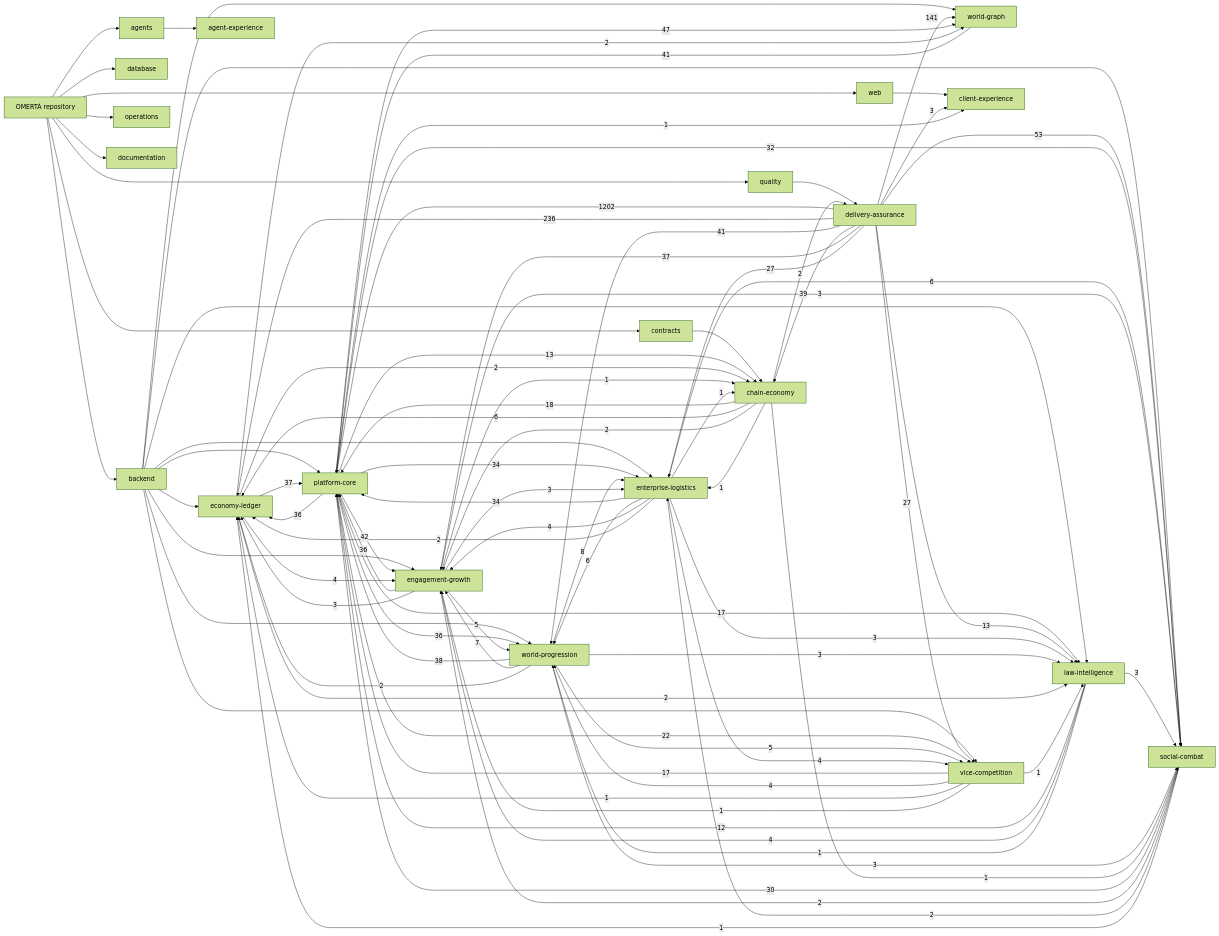
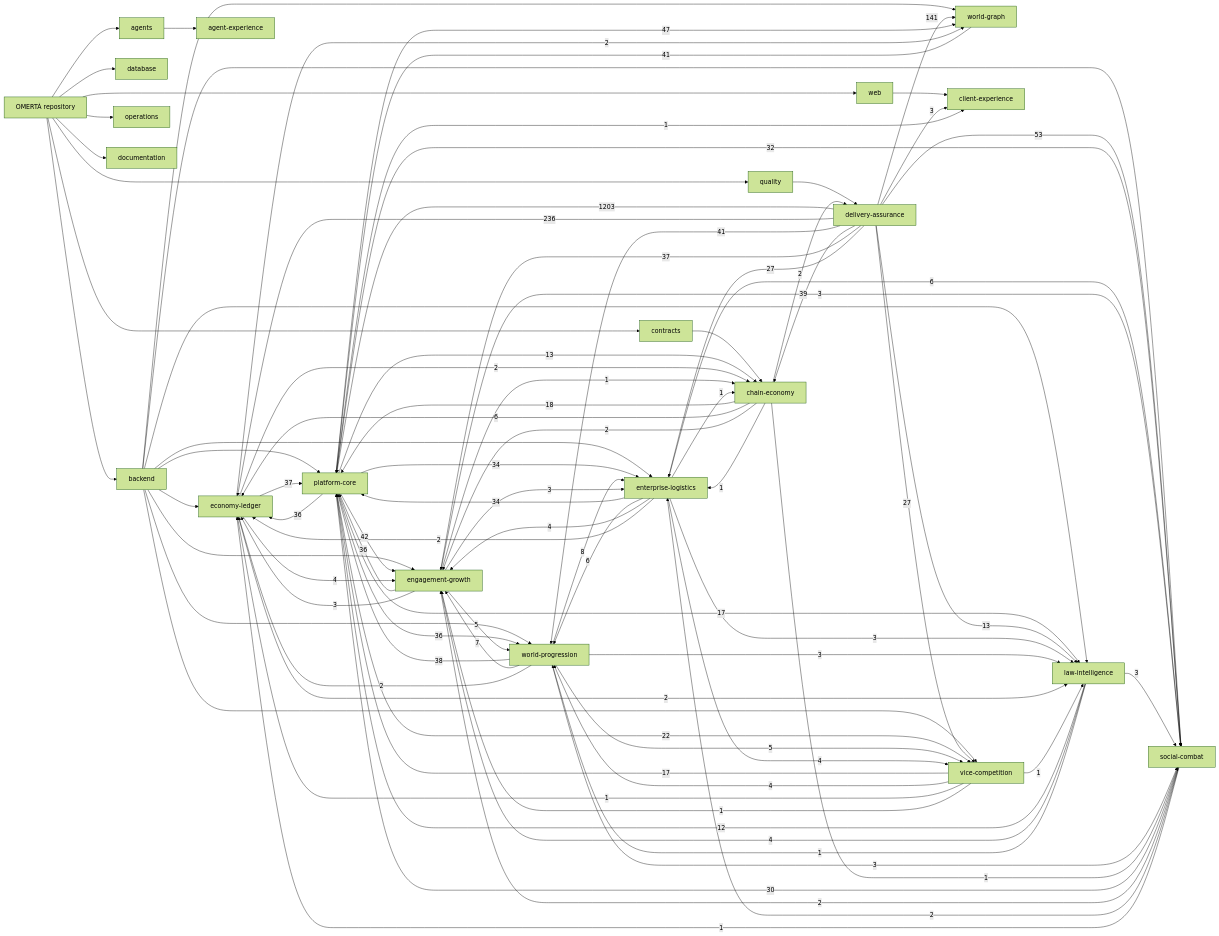
Before and after one commit to OmertaDev/Omerta: the diagram in knowledge/generated/graph.mmd, drawn with Mermaid (forest theme). The commit also changed 6 other files, not shown here.

Commit message:
Refresh graph for exact warehouse receipt repair revision

```diff
--- a/knowledge/generated/graph.mmd
+++ b/knowledge/generated/graph.mmd
@@ -1,111 +1,111 @@
 flowchart LR
   repo["OMERTÀ repository"]
   sub_backend["backend"]
   repo --> sub_backend
   sub_database["database"]
   repo --> sub_database
   sub_web["web"]
   repo --> sub_web
   sub_contracts["contracts"]
   repo --> sub_contracts
   sub_agents["agents"]
   repo --> sub_agents
   sub_quality["quality"]
   repo --> sub_quality
   sub_operations["operations"]
   repo --> sub_operations
   sub_documentation["documentation"]
   repo --> sub_documentation
   dom_platform-core["platform-core"]
   dom_economy-ledger["economy-ledger"]
   dom_social-combat["social-combat"]
   dom_world-progression["world-progression"]
   dom_world-graph["world-graph"]
   dom_enterprise-logistics["enterprise-logistics"]
   dom_vice-competition["vice-competition"]
   dom_law-intelligence["law-intelligence"]
   dom_chain-economy["chain-economy"]
   dom_engagement-growth["engagement-growth"]
   dom_client-experience["client-experience"]
   dom_agent-experience["agent-experience"]
   dom_delivery-assurance["delivery-assurance"]
   sub_agents --> dom_agent-experience
   sub_backend --> dom_economy-ledger
   sub_backend --> dom_engagement-growth
   sub_backend --> dom_enterprise-logistics
   sub_backend --> dom_law-intelligence
   sub_backend --> dom_platform-core
   sub_backend --> dom_social-combat
   sub_backend --> dom_vice-competition
   sub_backend --> dom_world-graph
   sub_backend --> dom_world-progression
   sub_contracts --> dom_chain-economy
   sub_quality --> dom_delivery-assurance
   sub_web --> dom_client-experience
-  dom_delivery-assurance -->|1202| dom_platform-core
+  dom_delivery-assurance -->|1203| dom_platform-core
   dom_delivery-assurance -->|236| dom_economy-ledger
   dom_delivery-assurance -->|141| dom_world-graph
   dom_delivery-assurance -->|53| dom_social-combat
   dom_platform-core -->|47| dom_world-graph
   dom_platform-core -->|42| dom_engagement-growth
   dom_delivery-assurance -->|41| dom_world-progression
   dom_world-graph -->|41| dom_platform-core
   dom_delivery-assurance -->|39| dom_chain-economy
   dom_world-progression -->|38| dom_platform-core
   dom_delivery-assurance -->|37| dom_engagement-growth
   dom_economy-ledger -->|37| dom_platform-core
   dom_engagement-growth -->|36| dom_platform-core
   dom_platform-core -->|36| dom_economy-ledger
   dom_platform-core -->|36| dom_world-progression
   dom_enterprise-logistics -->|34| dom_platform-core
   dom_platform-core -->|34| dom_enterprise-logistics
   dom_platform-core -->|32| dom_social-combat
   dom_social-combat -->|30| dom_platform-core
   dom_delivery-assurance -->|27| dom_enterprise-logistics
   dom_delivery-assurance -->|27| dom_vice-competition
   dom_platform-core -->|22| dom_vice-competition
   dom_chain-economy -->|18| dom_platform-core
   dom_platform-core -->|17| dom_law-intelligence
   dom_vice-competition -->|17| dom_platform-core
   dom_delivery-assurance -->|13| dom_law-intelligence
   dom_platform-core -->|13| dom_chain-economy
   dom_law-intelligence -->|12| dom_platform-core
   dom_world-progression -->|8| dom_enterprise-logistics
   dom_world-progression -->|7| dom_engagement-growth
   dom_chain-economy -->|6| dom_economy-ledger
   dom_enterprise-logistics -->|6| dom_social-combat
   dom_enterprise-logistics -->|6| dom_world-progression
   dom_engagement-growth -->|5| dom_world-progression
   dom_world-progression -->|5| dom_vice-competition
   dom_economy-ledger -->|4| dom_engagement-growth
   dom_enterprise-logistics -->|4| dom_engagement-growth
   dom_enterprise-logistics -->|4| dom_vice-competition
   dom_law-intelligence -->|4| dom_engagement-growth
   dom_vice-competition -->|4| dom_world-progression
   dom_delivery-assurance -->|3| dom_client-experience
   dom_engagement-growth -->|3| dom_economy-ledger
   dom_engagement-growth -->|3| dom_enterprise-logistics
   dom_engagement-growth -->|3| dom_social-combat
   dom_enterprise-logistics -->|3| dom_law-intelligence
   dom_law-intelligence -->|3| dom_social-combat
   dom_world-progression -->|3| dom_law-intelligence
   dom_world-progression -->|3| dom_social-combat
   dom_chain-economy -->|2| dom_delivery-assurance
   dom_chain-economy -->|2| dom_engagement-growth
   dom_economy-ledger -->|2| dom_chain-economy
   dom_economy-ledger -->|2| dom_law-intelligence
   dom_economy-ledger -->|2| dom_world-graph
   dom_enterprise-logistics -->|2| dom_economy-ledger
   dom_social-combat -->|2| dom_engagement-growth
   dom_social-combat -->|2| dom_enterprise-logistics
   dom_world-progression -->|2| dom_economy-ledger
   dom_chain-economy -->|1| dom_enterprise-logistics
   dom_chain-economy -->|1| dom_social-combat
   dom_engagement-growth -->|1| dom_chain-economy
   dom_enterprise-logistics -->|1| dom_chain-economy
   dom_law-intelligence -->|1| dom_world-progression
   dom_platform-core -->|1| dom_client-experience
   dom_social-combat -->|1| dom_economy-ledger
   dom_vice-competition -->|1| dom_economy-ledger
   dom_vice-competition -->|1| dom_engagement-growth
   dom_vice-competition -->|1| dom_law-intelligence
```
